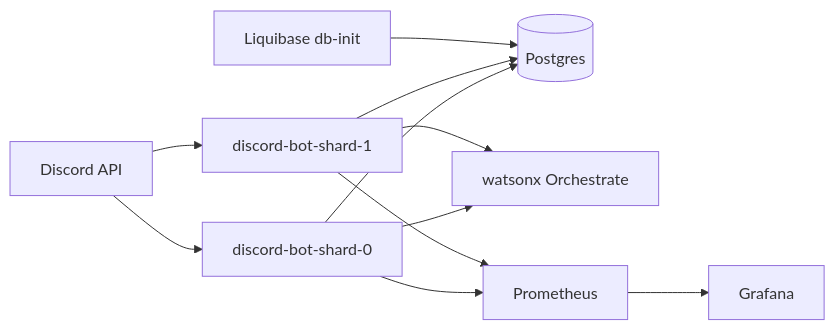
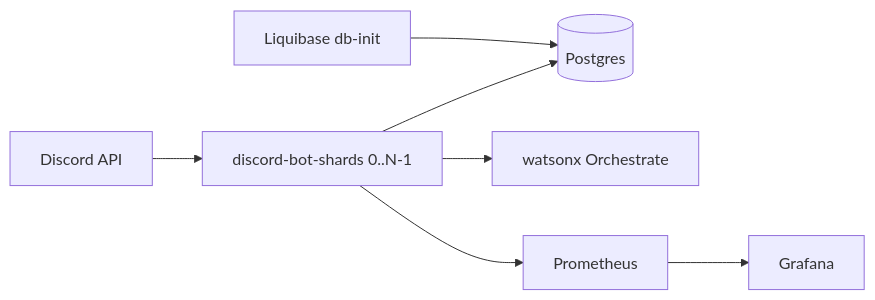
Before and after one commit to evanchen83/pokemon-discord-bot: the diagram in README.md, drawn with Mermaid.

Commit message:
Generalize architecture diagram to N-shard bot topology

````diff
--- a/README.md
+++ b/README.md
@@ -5,25 +5,20 @@
 ```mermaid
 flowchart LR
     discord[Discord API]
-    shard0[discord-bot-shard-0]
-    shard1[discord-bot-shard-1]
+    shardGroup[discord-bot-shards 0..N-1]
     postgres[(Postgres)]
     liquibase[Liquibase db-init]
     wxo[watsonx Orchestrate]
     prom[Prometheus]
     grafana[Grafana]
 
-    discord --> shard0
-    discord --> shard1
+    discord --> shardGroup
 
-    shard0 --> postgres
-    shard1 --> postgres
+    shardGroup --> postgres
     liquibase --> postgres
 
-    shard0 --> wxo
-    shard1 --> wxo
+    shardGroup --> wxo
 
-    shard0 --> prom
-    shard1 --> prom
+    shardGroup --> prom
     prom --> grafana
 ```
````
